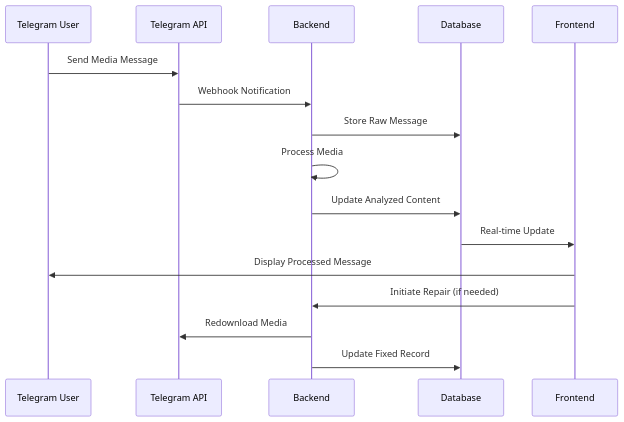
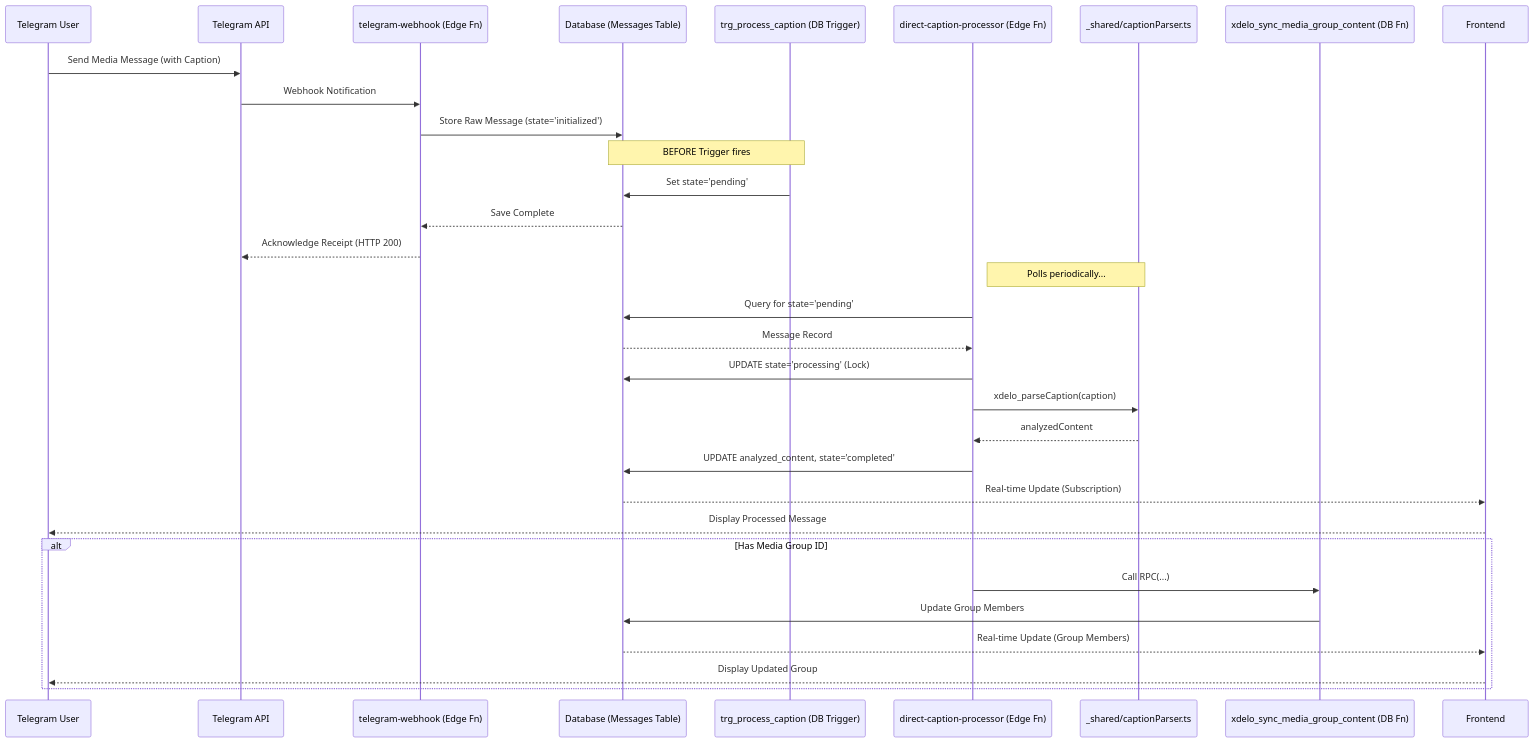
The second of 5 diagrams in README.md (cmtkdot/xdelo-app), drawn with Mermaid before and after one commit. The commit also changed other lines of this file and 11 other files, not shown here.

First line of the commit message:
Update ESLint configuration and enhance documentation for caption processing workflow

````diff
--- a/README.md
+++ b/README.md
@@ -247,19 +249,37 @@
 ```mermaid
 sequenceDiagram
     participant User as Telegram User
     participant TG as Telegram API
-    participant BE as Backend
-    participant DB as Database
+    participant W as telegram-webhook (Edge Fn)
+    participant DB as Database (Messages Table)
+    participant TRG as trg_process_caption (DB Trigger)
+    participant EF as direct-caption-processor (Edge Fn)
+    participant P as _shared/captionParser.ts
+    participant SYNC as xdelo_sync_media_group_content (DB Fn)
     participant FE as Frontend
     
-    User->>TG: Send Media Message
-    TG->>BE: Webhook Notification
-    BE->>DB: Store Raw Message
-    BE->>BE: Process Media
-    BE->>DB: Update Analyzed Content
-    DB->>FE: Real-time Update
-    FE->>User: Display Processed Message
-    FE->>BE: Initiate Repair (if needed)
-    BE->>TG: Redownload Media
-    BE->>DB: Update Fixed Record
+    User->>TG: Send Media Message (with Caption)
+    TG->>W: Webhook Notification
+    W->>DB: Store Raw Message (state='initialized')
+    Note over DB, TRG: BEFORE Trigger fires
+    TRG->>DB: Set state='pending'
+    DB-->>W: Save Complete
+    W-->>TG: Acknowledge Receipt (HTTP 200)
+    
+    Note right of EF: Polls periodically...
+    EF->>DB: Query for state='pending'
+    DB-->>EF: Message Record
+    EF->>DB: UPDATE state='processing' (Lock)
+    EF->>P: xdelo_parseCaption(caption)
+    P-->>EF: analyzedContent
+    EF->>DB: UPDATE analyzed_content, state='completed'
+    DB-->>FE: Real-time Update (Subscription)
+    FE-->>User: Display Processed Message
+    
+    alt Has Media Group ID
+      EF->>SYNC: Call RPC(...)
+      SYNC->>DB: Update Group Members
+      DB-->>FE: Real-time Update (Group Members)
+      FE-->>User: Display Updated Group
+    end
 ```
````
